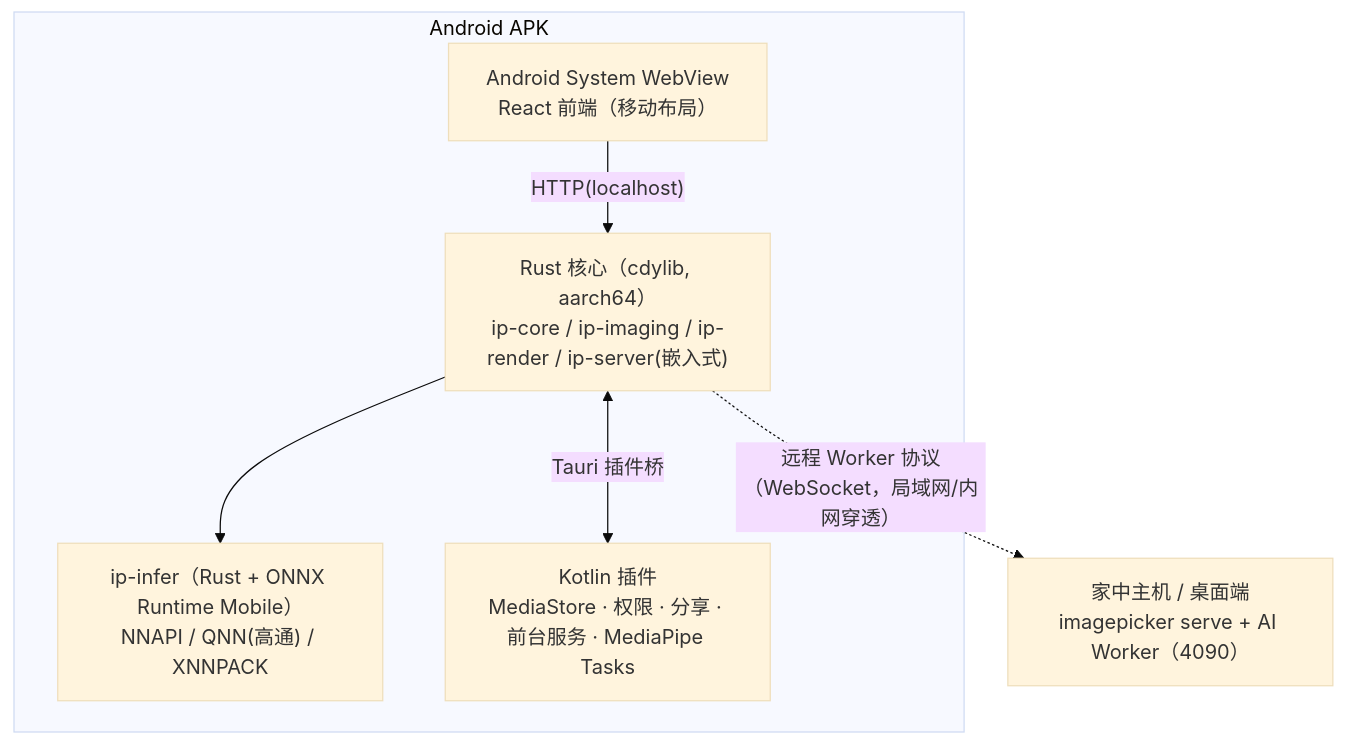
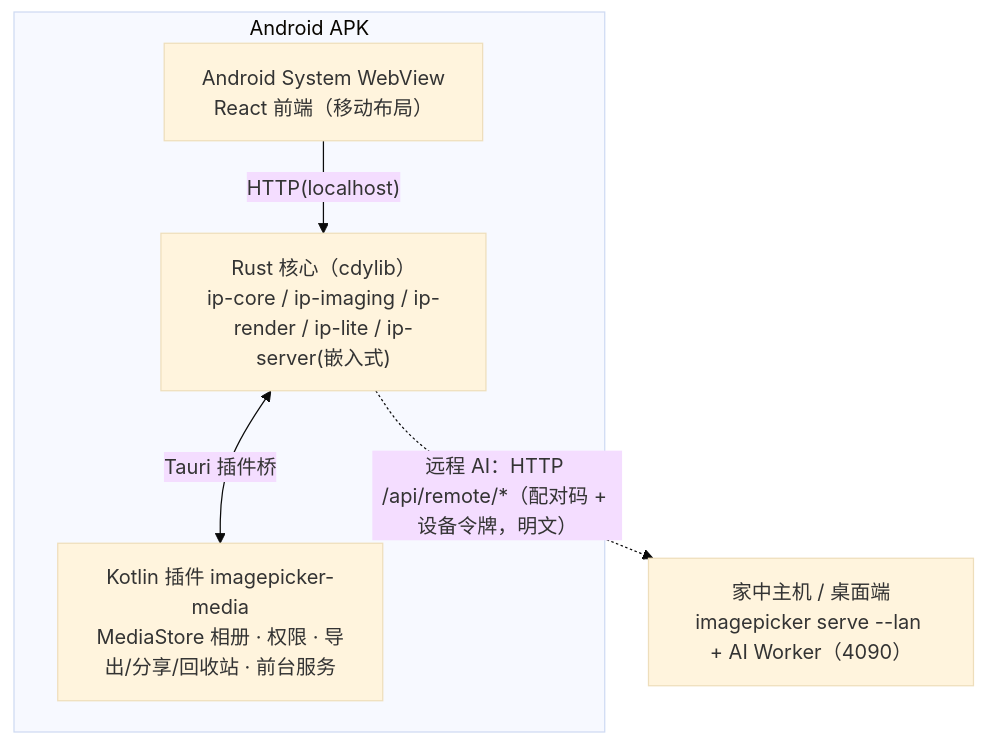
Before and after one commit to harveyxiacn/imagePicker: the diagram in docs/08-Android版本设计.md, drawn with Mermaid (base theme). The commit also changed other lines of this file and 12 other files, not shown here.

````diff
--- a/docs/08-Android版本设计.md
+++ b/docs/08-Android版本设计.md
@@ -21,14 +23,12 @@
 ```mermaid
 flowchart TB
     subgraph APK["Android APK"]
         WV["Android System WebView<br/>React 前端（移动布局）"]
-        RC["Rust 核心（cdylib, aarch64）<br/>ip-core / ip-imaging / ip-render / ip-server(嵌入式)"]
-        INF["ip-infer（Rust + ONNX Runtime Mobile）<br/>NNAPI / QNN(高通) / XNNPACK"]
-        KT["Kotlin 插件<br/>MediaStore · 权限 · 分享 · 前台服务 · MediaPipe Tasks"]
+        RC["Rust 核心（cdylib）<br/>ip-core / ip-imaging / ip-render / ip-lite / ip-server(嵌入式)"]
+        KT["Kotlin 插件 imagepicker-media<br/>MediaStore 相册 · 权限 · 导出/分享/回收站 · 前台服务"]
     end
-    REMOTE["家中主机 / 桌面端<br/>imagepicker serve + AI Worker（4090）"]
+    REMOTE["家中主机 / 桌面端<br/>imagepicker serve --lan + AI Worker（4090）"]
     WV -- "HTTP(localhost)" --> RC
-    RC --> INF
     RC <-- "Tauri 插件桥" --> KT
-    RC -. "远程 Worker 协议（WebSocket，局域网/内网穿透）" .-> REMOTE
+    RC -. "远程 AI：HTTP /api/remote/*（配对码 + 设备令牌，明文）" .-> REMOTE
 ```
````
